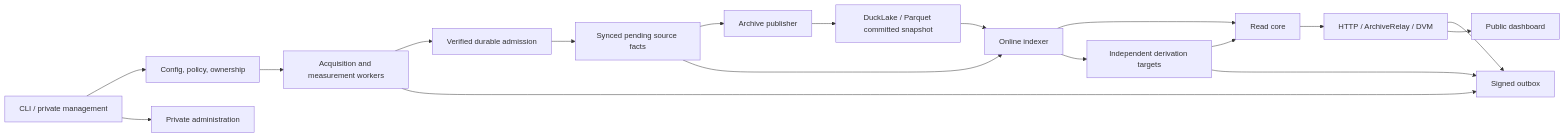
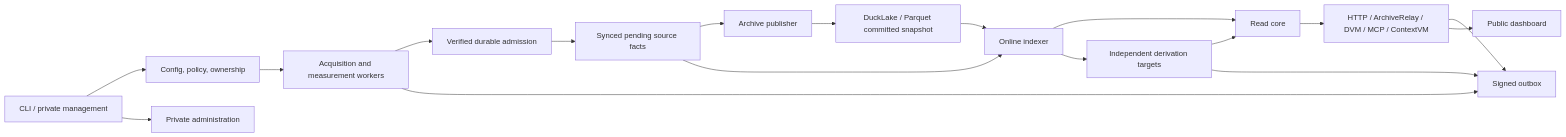
Before and after one commit to BigBrotr/bigbrotr-rs: the diagram in docs/specification/component-contracts.md, drawn with Mermaid. The commit also changed other lines of this file and 73 other files, not shown here.

````diff
--- a/docs/specification/component-contracts.md
+++ b/docs/specification/component-contracts.md
@@ -16,20 +16,20 @@
 ```mermaid
 flowchart LR
   CLI[CLI / private management] --> C[Config, policy, ownership]
   C --> A[Acquisition and measurement workers]
   A --> I[Verified durable admission]
   I --> W[Synced pending source facts]
   W --> P[Archive publisher]
   P --> Q[DuckLake / Parquet committed snapshot]
   W --> X[Online indexer]
   Q --> X
   X --> R[Read core]
   X --> D[Independent derivation targets]
   D --> R
   D --> O[Signed outbox]
   A --> O
-  R --> H[HTTP / ArchiveRelay / DVM]
+  R --> H[HTTP / ArchiveRelay / DVM / MCP / ContextVM]
   H --> O
   H --> U[Public dashboard]
   CLI --> V[Private administration]
 ```
````
